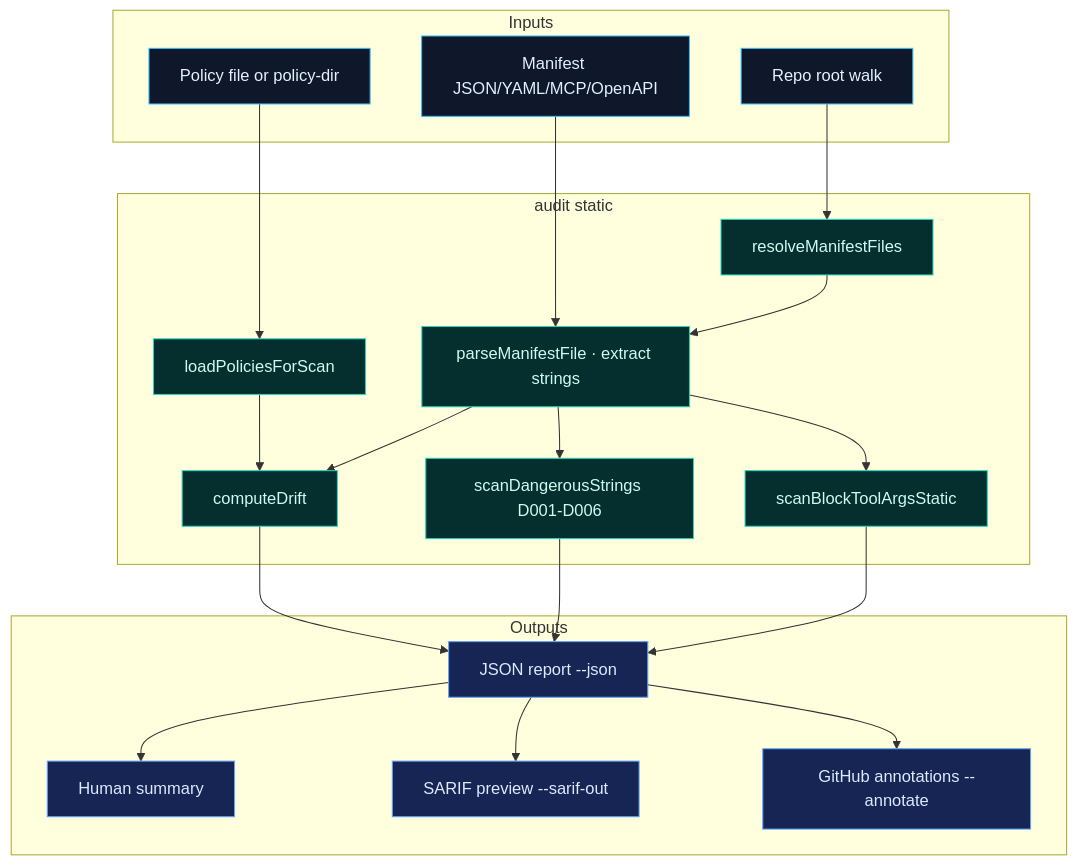
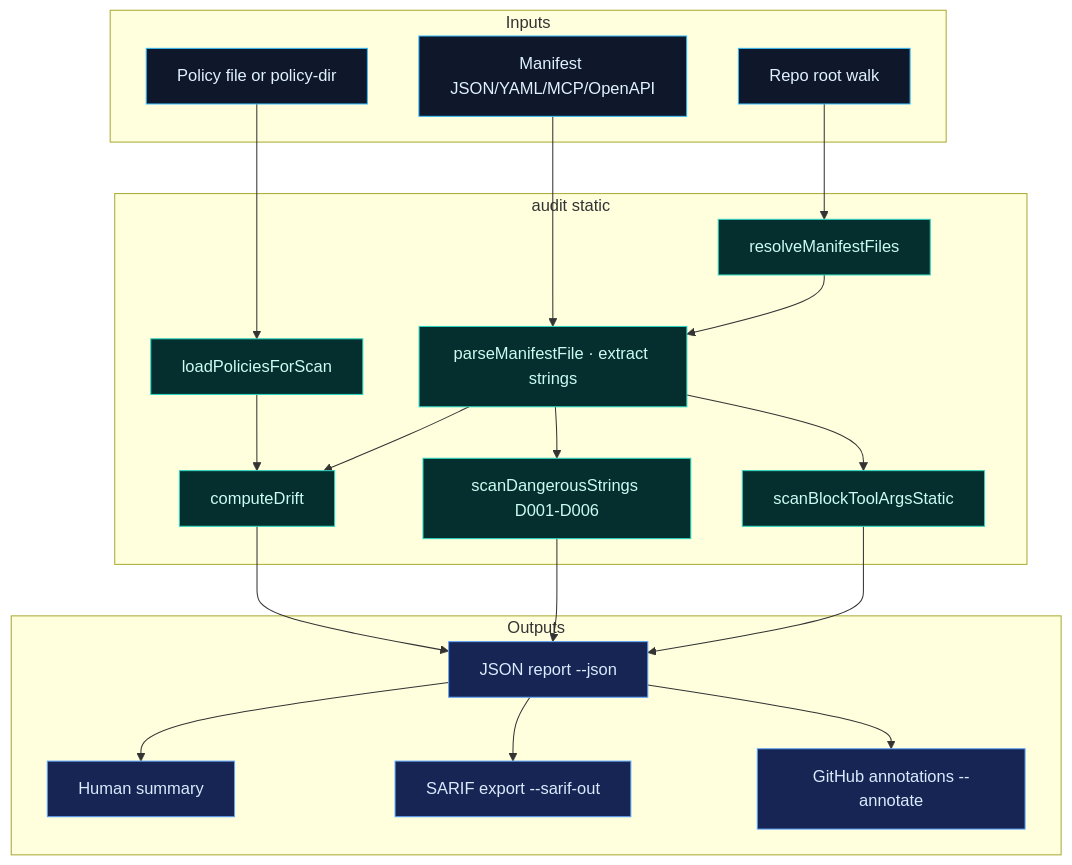
One commit to 01laky/llm-stream-guard changed the diagram in docs/img/static-audit-flow.mmd. Above: the diagram before and after it, drawn with Mermaid. The commit also changed 99 other files, not shown here.

```diff
--- a/docs/img/static-audit-flow.mmd
+++ b/docs/img/static-audit-flow.mmd
@@ -1,45 +1,45 @@
 flowchart TB
   subgraph INPUTS["Inputs"]
     POL[Policy file or policy-dir]
     ROOT[Repo root walk]
     MAN[Manifest JSON/YAML/MCP/OpenAPI]
   end
 
   subgraph SCAN["audit static"]
     LOAD[loadPoliciesForScan]
     DISC[resolveManifestFiles]
     EXT[parseManifestFile · extract strings]
     DRIFT[computeDrift]
     DANG[scanDangerousStrings D001-D006]
     BLOCK[scanBlockToolArgsStatic]
   end
 
   subgraph OUT["Outputs"]
     JSON[JSON report --json]
     HUMAN[Human summary]
-    SARIF[SARIF preview --sarif-out]
+    SARIF[SARIF export --sarif-out]
     GH[GitHub annotations --annotate]
   end
 
   POL --> LOAD
   ROOT --> DISC
   MAN --> EXT
   DISC --> EXT
   EXT --> DANG
   EXT --> BLOCK
   LOAD --> DRIFT
   EXT --> DRIFT
 
   DRIFT --> JSON
   DANG --> JSON
   BLOCK --> JSON
   JSON --> HUMAN
   JSON --> SARIF
   JSON --> GH
 
   classDef in fill:#0f172a,stroke:#38bdf8,color:#e0f2fe
   classDef proc fill:#042f2e,stroke:#2dd4bf,color:#ccfbf1
   classDef out fill:#172554,stroke:#60a5fa,color:#dbeafe
   class POL,ROOT,MAN in
   class LOAD,DISC,EXT,DRIFT,DANG,BLOCK proc
   class JSON,HUMAN,SARIF,GH out
```
